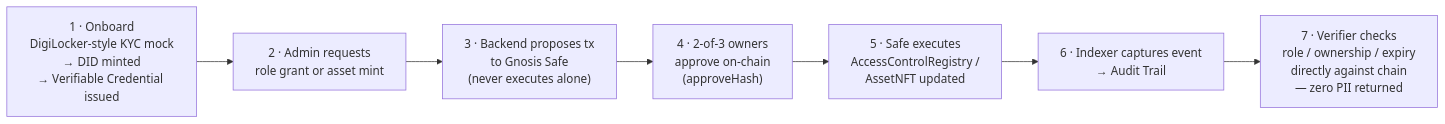
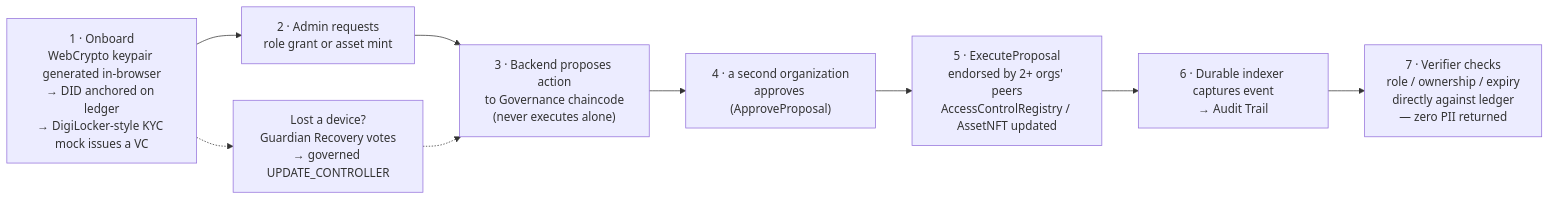
One commit to nush1729/TrustMesh changed the second of 2 diagrams in README.md. Above: the diagram before and after it, drawn with Mermaid. The commit also changed other lines of this file, not shown here.

````diff
--- a/README.md
+++ b/README.md
@@ -71,12 +64,14 @@
 ```mermaid
 flowchart LR
-    A["1 · Onboard\nDigiLocker-style KYC mock\n→ DID minted\n→ Verifiable Credential issued"]
+    A["1 · Onboard\nWebCrypto keypair generated in-browser\n→ DID anchored on ledger\n→ DigiLocker-style KYC mock issues a VC"]
     B["2 · Admin requests\nrole grant or asset mint"]
-    C["3 · Backend proposes tx\nto Gnosis Safe\n(never executes alone)"]
-    D["4 · 2-of-3 owners\napprove on-chain\n(approveHash)"]
-    E["5 · Safe executes\nAccessControlRegistry /\nAssetNFT updated"]
-    F["6 · Indexer captures event\n→ Audit Trail"]
-    G["7 · Verifier checks\nrole / ownership / expiry\ndirectly against chain\n— zero PII returned"]
+    C["3 · Backend proposes action\nto Governance chaincode\n(never executes alone)"]
+    D["4 · a second organization\napproves (ApproveProposal)"]
+    E["5 · ExecuteProposal\nendorsed by 2+ orgs' peers\nAccessControlRegistry / AssetNFT updated"]
+    F["6 · Durable indexer captures event\n→ Audit Trail"]
+    G["7 · Verifier checks\nrole / ownership / expiry\ndirectly against ledger\n— zero PII returned"]
+    R["Lost a device?\nGuardian Recovery votes\n→ governed UPDATE_CONTROLLER"]
 
     A --> B --> C --> D --> E --> F --> G
+    A -.-> R -.-> C
 ```
````
